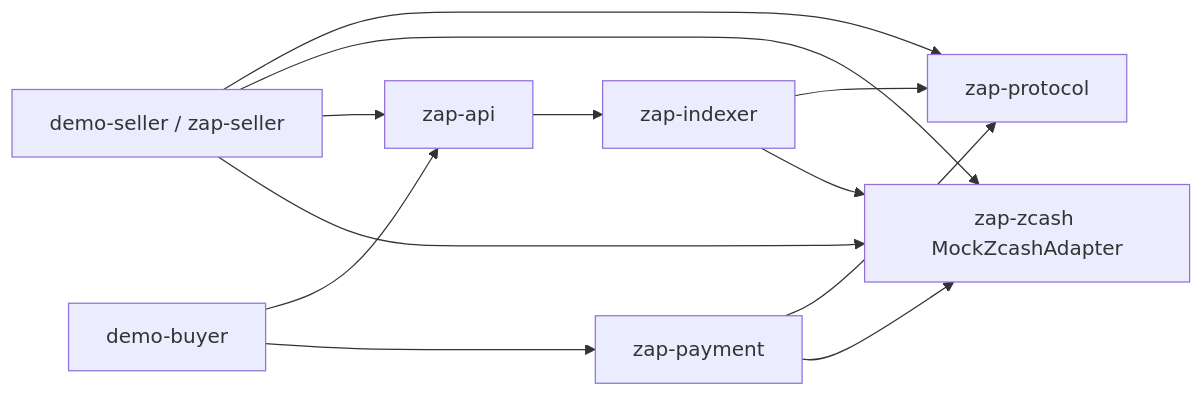
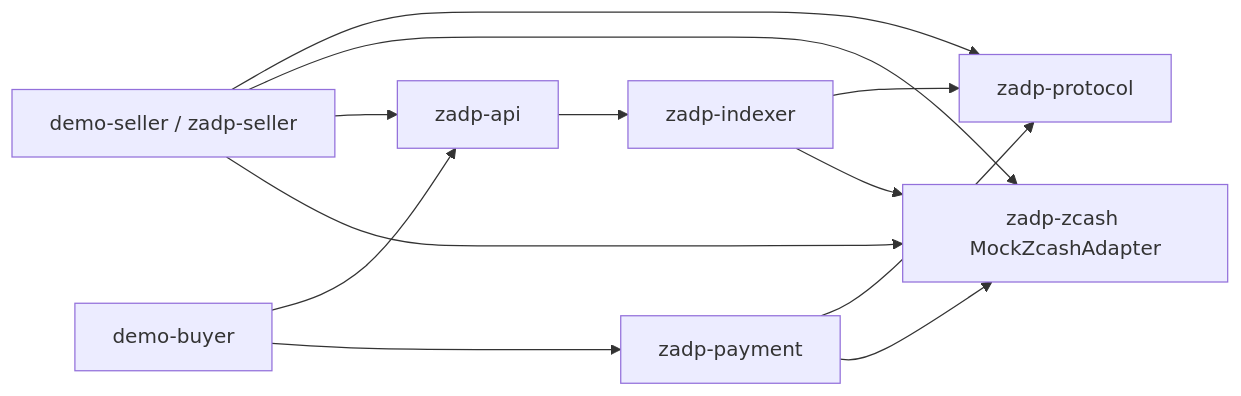
The second of 3 diagrams in docs/architecture.md (ZADP-protocol/ZADP), drawn with Mermaid before and after one commit. The commit also changed other lines of this file and 63 other files, not shown here.

Commit message:
refactor: adopt ZADP (Zcash Agent Discovery Protocol) naming

````diff
--- a/docs/architecture.md
+++ b/docs/architecture.md
@@ -46,22 +46,22 @@
 ```mermaid
 flowchart LR
-  DemoSeller[demo-seller / zap-seller]
+  DemoSeller[demo-seller / zadp-seller]
   DemoBuyer[demo-buyer]
-  API[zap-api]
-  Indexer[zap-indexer]
-  Payment[zap-payment]
-  Protocol[zap-protocol]
-  Zcash[zap-zcash MockZcashAdapter]
+  API[zadp-api]
+  Indexer[zadp-indexer]
+  Payment[zadp-payment]
+  Protocol[zadp-protocol]
+  Zcash[zadp-zcash MockZcashAdapter]
 
   DemoSeller --> Protocol
   DemoSeller --> Zcash
   DemoSeller --> API
   Indexer --> Protocol
   Indexer --> Zcash
   API --> Indexer
   DemoBuyer --> API
   DemoBuyer --> Payment
   Payment --> Protocol
   Payment --> Zcash
   DemoSeller --> Zcash
 ```
````
